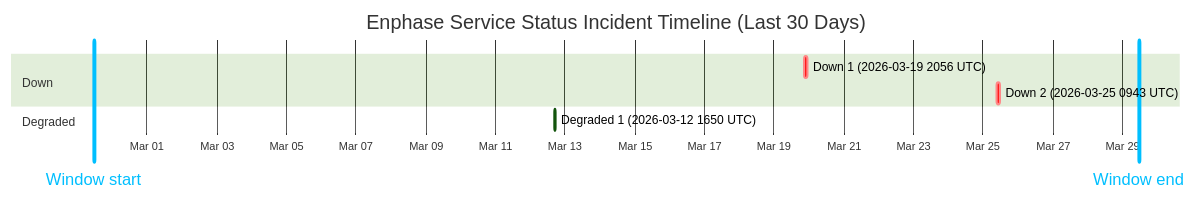
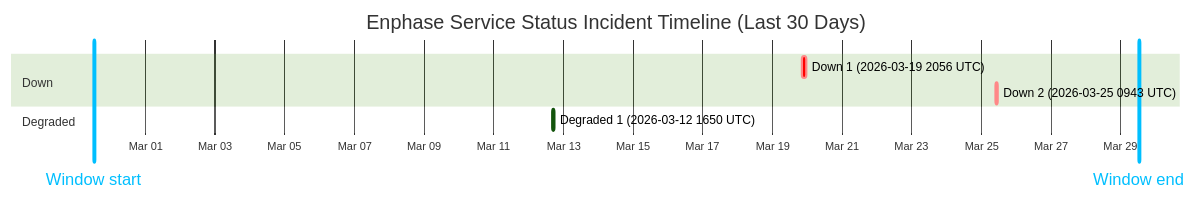
Before and after one commit to barneyonline/ha-enphase-ev-charger: the diagram in wiki/Service-Status-History.md, drawn with Mermaid (forest theme). The commit also changed other lines of this file and 3 other files, not shown here.

````diff
--- a/wiki/Service-Status-History.md
+++ b/wiki/Service-Status-History.md
@@ -14,13 +14,13 @@
 ```mermaid
 gantt
     title Enphase Service Status Incident Timeline (Last 30 Days)
     dateFormat  YYYY-MM-DDTHH:mm:ss
     axisFormat  %b %d
-    Window start :vert, window-start, 2026-02-27T11:20:56, 0ms
-    Window end :vert, window-end, 2026-03-29T11:20:56, 0ms
+    Window start :vert, window-start, 2026-02-27T12:34:22, 0ms
+    Window end :vert, window-end, 2026-03-29T12:34:22, 0ms
     section Down
     Down 1 (2026-03-19 2056 UTC) :crit, down-1, 2026-03-19T20:56:20, 145m
     Down 2 (2026-03-25 0943 UTC) :crit, down-2, 2026-03-25T09:43:28, 111m
     section Degraded
     Degraded 1 (2026-03-12 1650 UTC) :active, degraded-1, 2026-03-12T16:50:43, 60m
 ```
````
